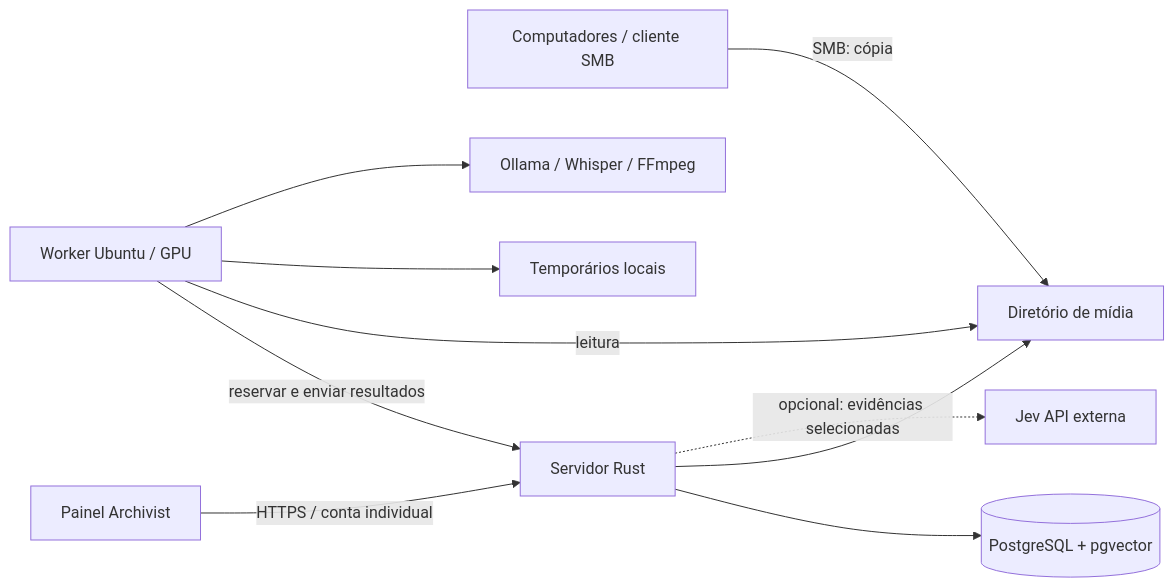
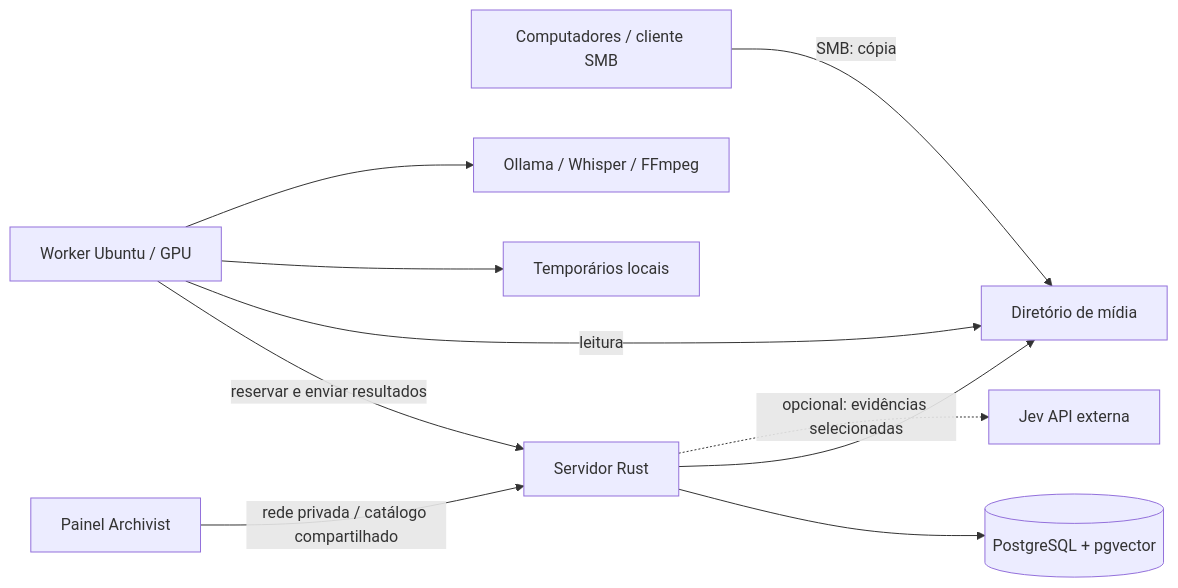
The diagram in docs/02-arquitetura.md (mutgarth/archivist), drawn with Mermaid before and after one commit. The commit also changed 16 other files, not shown here.

````diff
--- a/docs/02-arquitetura.md
+++ b/docs/02-arquitetura.md
@@ -7,12 +7,12 @@
 ```mermaid
 flowchart LR
   Clientes[Computadores / cliente SMB] -->|SMB: cópia| Midia[Diretório de mídia]
-  UI[Painel Archivist] -->|HTTPS / conta individual| Server[Servidor Rust]
+  UI[Painel Archivist] -->|rede privada / catálogo compartilhado| Server[Servidor Rust]
   Server --> DB[(PostgreSQL + pgvector)]
   Server --> Midia
   Worker[Worker Ubuntu / GPU] -->|reservar e enviar resultados| Server
   Worker -->|leitura| Midia
   Worker --> Temp[Temporários locais]
   Worker --> IA[Ollama / Whisper / FFmpeg]
   Server -. opcional: evidências selecionadas .-> Externo[Jev API externa]
 ```
````
